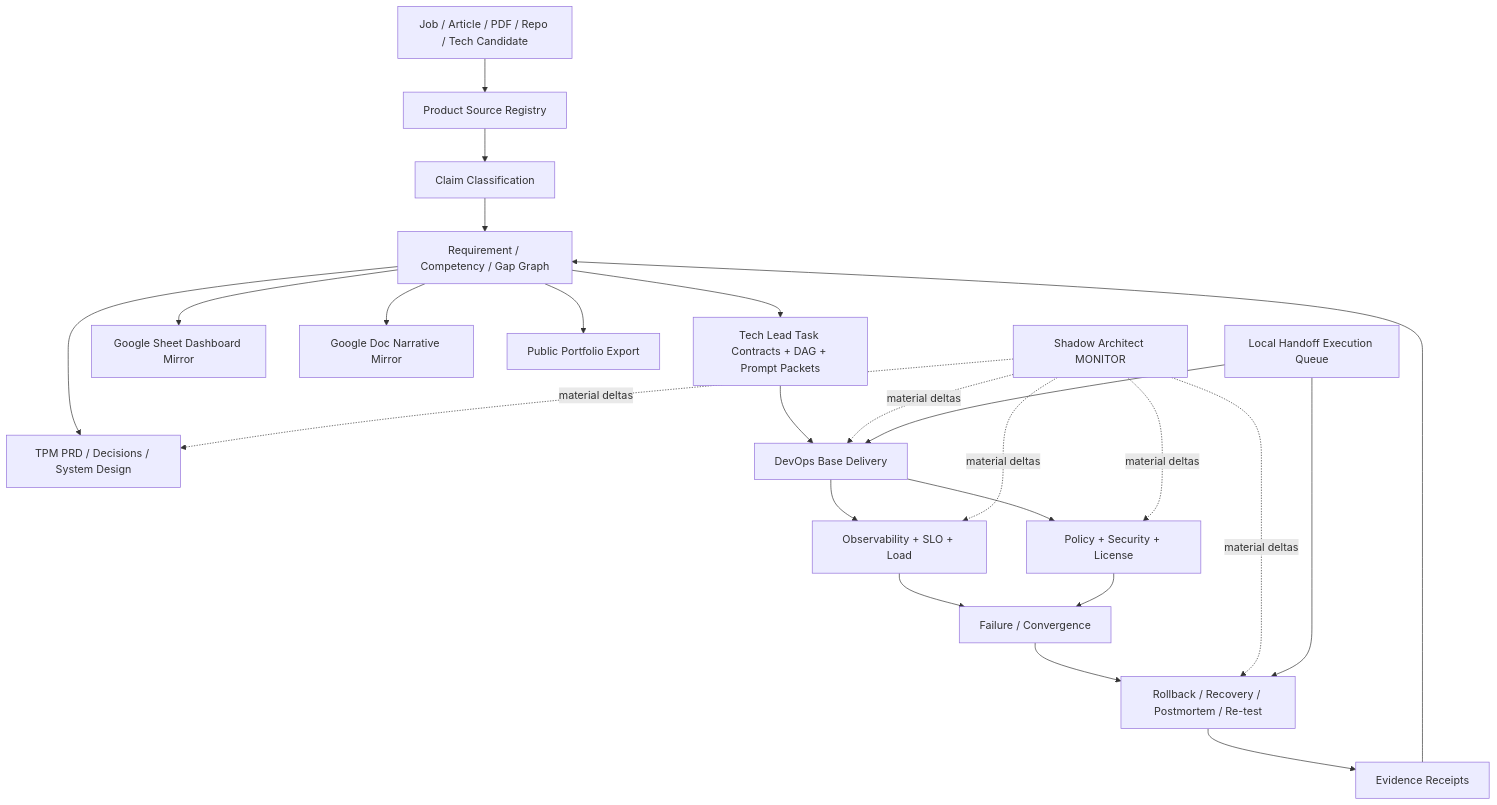
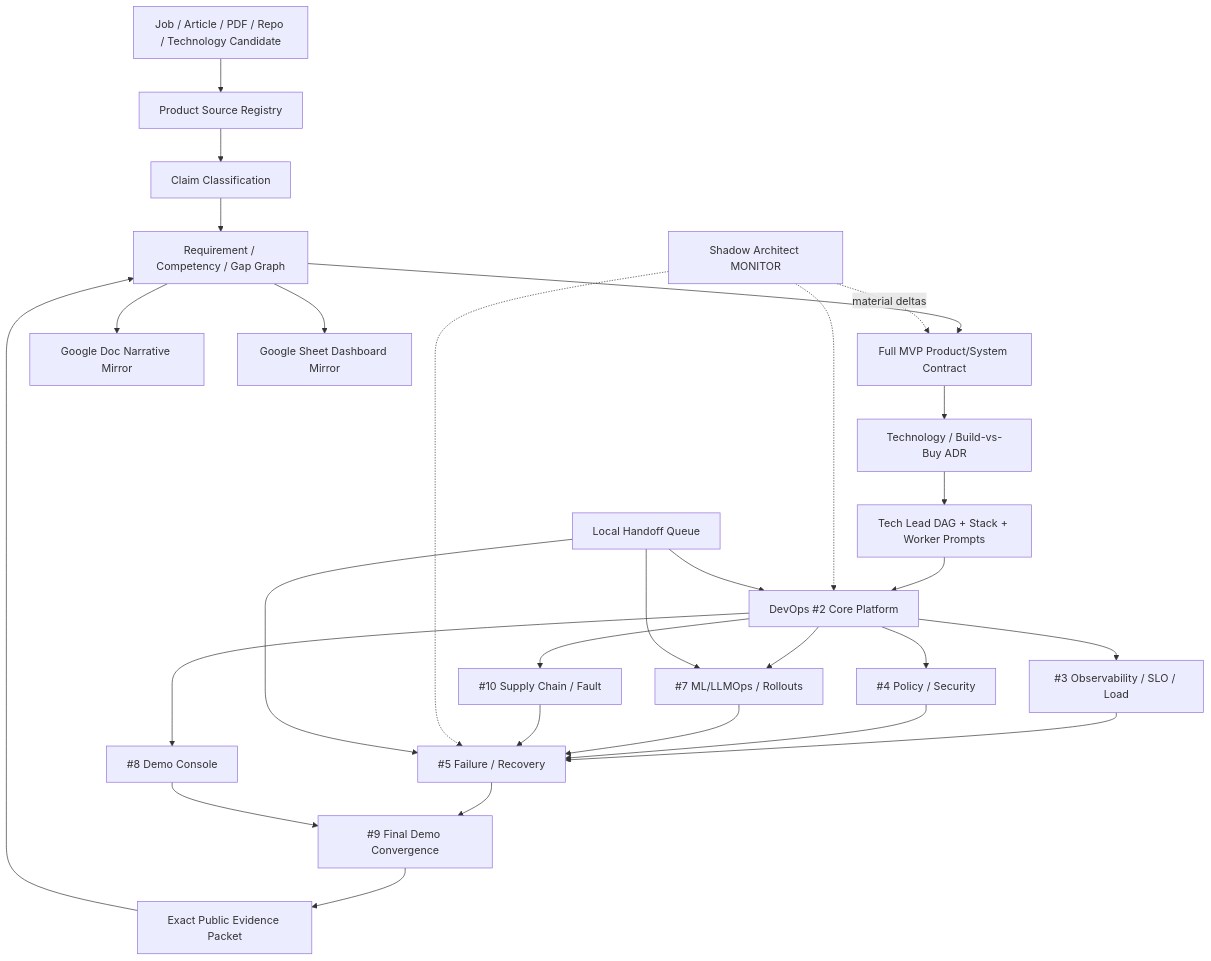
One commit to ed3c/Product-Manager-Notes changed the diagram in README.md. Above: the diagram before and after it, drawn with Mermaid. The commit also changed other lines of this file and 4 other files, not shown here.

Commit message:
docs: route Full MVP execution through Manager Evidence Graph

````diff
--- a/README.md
+++ b/README.md
@@ -126,26 +119,31 @@
 ```mermaid
 flowchart TD
-    S[Job / Article / PDF / Repo / Tech Candidate] --> SR[Product Source Registry]
+    S[Job / Article / PDF / Repo / Technology Candidate] --> SR[Product Source Registry]
     SR --> CL[Claim Classification]
     CL --> GAP[Requirement / Competency / Gap Graph]
-    GAP --> TPM[TPM PRD / Decisions / System Design]
-    GAP --> TL[Tech Lead Task Contracts + DAG + Prompt Packets]
-    TL --> BASE[DevOps Base Delivery]
-    BASE --> OBS[Observability + SLO + Load]
-    BASE --> POL[Policy + Security + License]
-    OBS --> CONV[Failure / Convergence]
-    POL --> CONV
-    CONV --> REC[Rollback / Recovery / Postmortem / Re-test]
-    REC --> EV[Evidence Receipts]
+    GAP --> CASE[Full MVP Product/System Contract]
+    CASE --> ADR[Technology / Build-vs-Buy ADR]
+    ADR --> TL[Tech Lead DAG + Stack + Worker Prompts]
+    TL --> D2[DevOps #2 Core Platform]
+    D2 --> D3[#3 Observability / SLO / Load]
+    D2 --> D4[#4 Policy / Security]
+    D2 --> D7[#7 ML/LLMOps / Rollouts]
+    D2 --> D8[#8 Demo Console]
+    D2 --> D10[#10 Supply Chain / Fault]
+    D3 --> D5[#5 Failure / Recovery]
+    D4 --> D5
+    D7 --> D5
+    D10 --> D5
+    D5 --> D9[#9 Final Demo Convergence]
+    D8 --> D9
+    D9 --> EV[Exact Public Evidence Packet]
     EV --> GAP
+    GAP --> GD[Google Doc Narrative Mirror]
     GAP --> GS[Google Sheet Dashboard Mirror]
-    GAP --> GD[Google Doc Narrative Mirror]
-    GAP --> PORT[Public Portfolio Export]
-    SH[Shadow Architect MONITOR] -. material deltas .-> TPM
-    SH -. material deltas .-> BASE
-    SH -. material deltas .-> OBS
-    SH -. material deltas .-> POL
-    SH -. material deltas .-> REC
-    LH[Local Handoff Execution Queue] --> BASE
-    LH --> REC
+    SH[Shadow Architect MONITOR] -. material deltas .-> CASE
+    SH -.-> D2
+    SH -.-> D5
+    LH[Local Handoff Queue] --> D2
+    LH --> D7
+    LH --> D5
 ```
````
